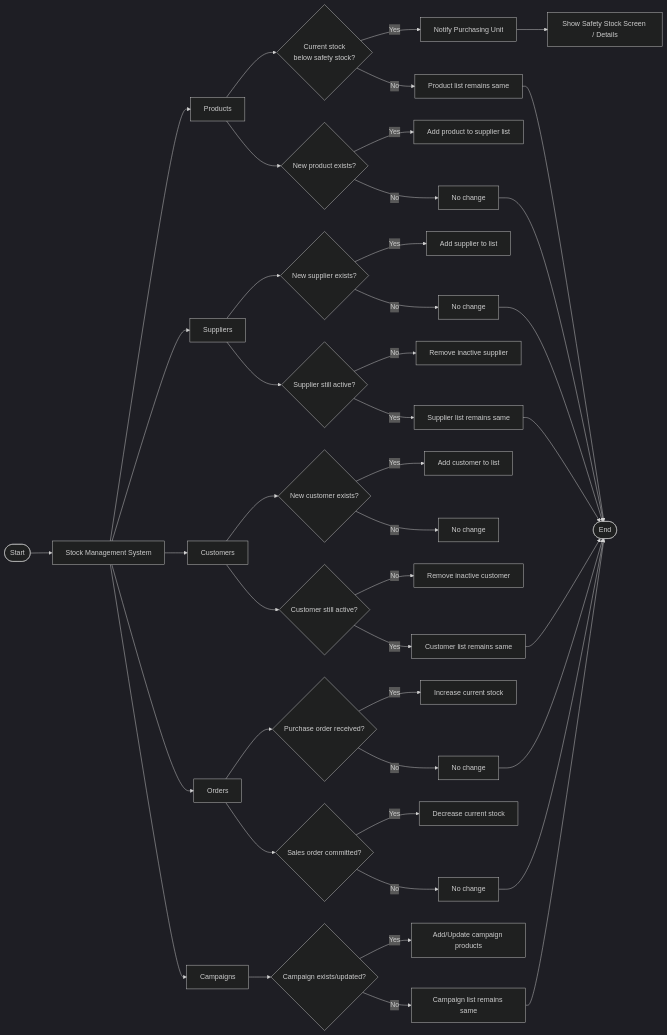
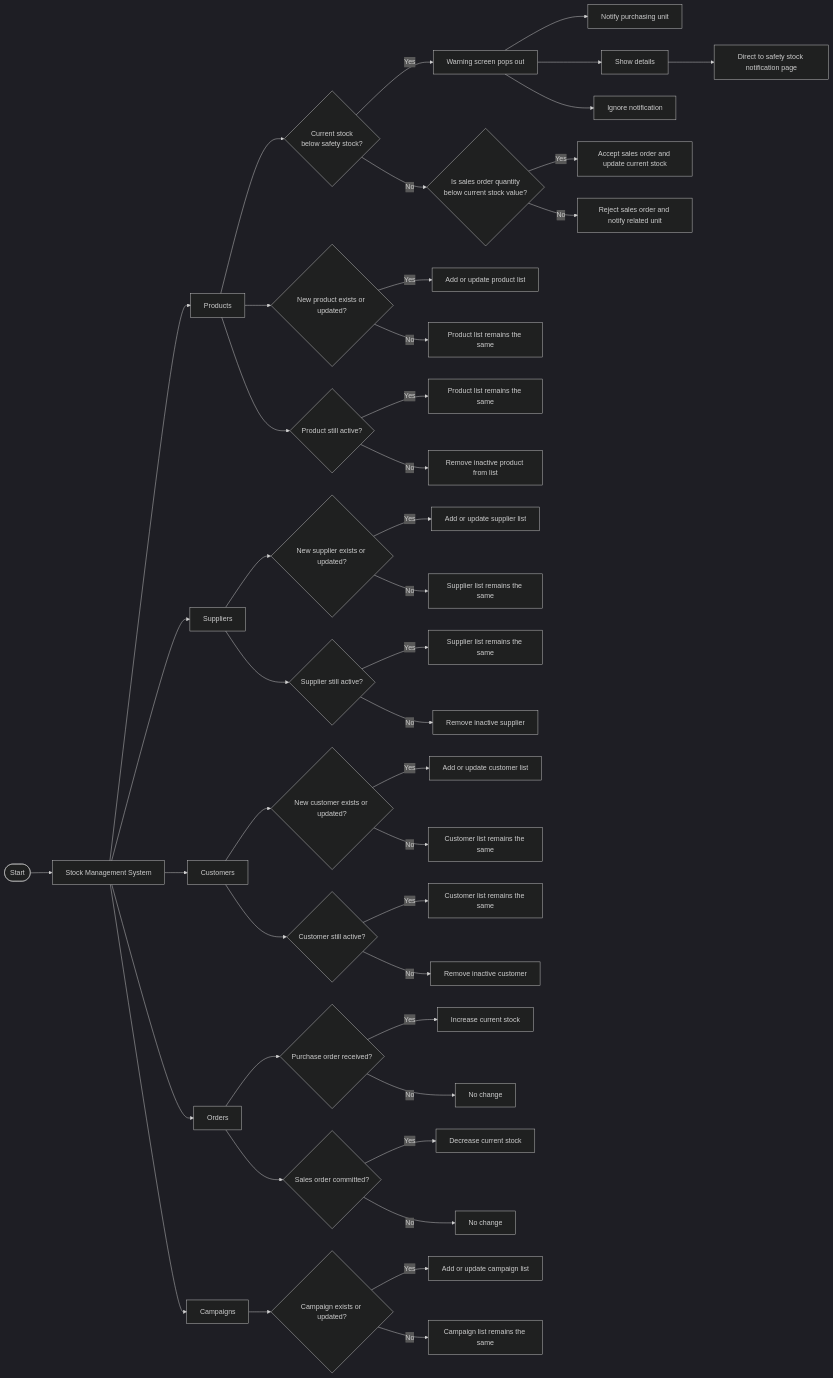
The second of 2 diagrams in README.md (KasimDeliaci/inventory-management-system), drawn with Mermaid (dark theme) before and after one commit.

Commit message:
Update flowchart logic in README.md

````diff
--- a/README.md
+++ b/README.md
@@ -220,54 +220,62 @@
 ```mermaid
     flowchart LR
     A([Start]) --> B[Stock Management System]
 
     %% Top-level domains
     B --> P[Products]
     B --> S[Suppliers]
     B --> C[Customers]
     B --> O[Orders]
     B --> G[Campaigns]
 
     %% Products branch
     P --> P1{Current stock<br/>below safety stock?}
-    P1 -- Yes --> P2[Notify Purchasing Unit]
-    P2 --> P3[Show Safety Stock Screen / Details]
-    P1 -- No --> P4[Product list remains same]
+    P1 -- Yes --> P2[Warning screen pops out]
+    P2 --> P3[Notify purchasing unit]
+    P2 --> P4[Show details]
+    P4 --> P5[Direct to safety stock notification page]
+    P2 --> P6[Ignore notification]
+    P1 -- No --> P7{Is sales order quantity<br/>below current stock value?}
+    P7 -- Yes --> P8[Accept sales order and update current stock]
+    P7 -- No --> P9[Reject sales order and notify related unit]
 
-    P --> P5{New product exists?}
-    P5 -- Yes --> P6[Add product to supplier list]
-    P5 -- No --> P7[No change]
+    P --> P10{New product exists or updated?}
+    P10 -- Yes --> P11[Add or update product list]
+    P10 -- No --> P12[Product list remains the same]
+
+    P --> P13{Product still active?}
+    P13 -- Yes --> P14[Product list remains the same]
+    P13 -- No --> P15[Remove inactive product from list]
 
     %% Suppliers branch
-    S --> S1{New supplier exists?}
-    S1 -- Yes --> S2[Add supplier to list]
-    S1 -- No --> S3[No change]
+    S --> S1{New supplier exists or updated?}
+    S1 -- Yes --> S2[Add or update supplier list]
+    S1 -- No --> S3[Supplier list remains the same]
+
     S --> S4{Supplier still active?}
+    S4 -- Yes --> S6[Supplier list remains the same]
     S4 -- No --> S5[Remove inactive supplier]
-    S4 -- Yes --> S6[Supplier list remains same]
 
     %% Customers branch
-    C --> C1{New customer exists?}
-    C1 -- Yes --> C2[Add customer to list]
-    C1 -- No --> C3[No change]
+    C --> C1{New customer exists or updated?}
+    C1 -- Yes --> C2[Add or update customer list]
+    C1 -- No --> C3[Customer list remains the same]
+
     C --> C4{Customer still active?}
+    C4 -- Yes --> C6[Customer list remains the same]
     C4 -- No --> C5[Remove inactive customer]
-    C4 -- Yes --> C6[Customer list remains same]
 
     %% Orders branch
     O --> O1{Purchase order received?}
     O1 -- Yes --> O2[Increase current stock]
     O1 -- No --> O3[No change]
 
     O --> O4{Sales order committed?}
     O4 -- Yes --> O5[Decrease current stock]
     O4 -- No --> O6[No change]
 
     %% Campaigns branch
-    G --> G1{Campaign exists/updated?}
-    G1 -- Yes --> G2[Add/Update campaign products]
-    G1 -- No --> G3[Campaign list remains same]
-
-    %% End
-    P4 & P7 & S3 & S6 & C6 & O3 & O6 & G3 --> Z([End])
+    G --> G1{Campaign exists or updated?}
+    G1 -- Yes --> G2[Add or update campaign list]
+    G1 -- No --> G3[Campaign list remains the same]
 ```
````
